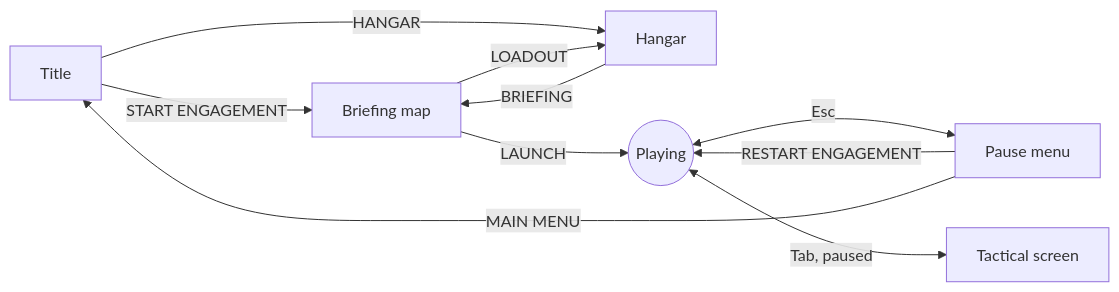
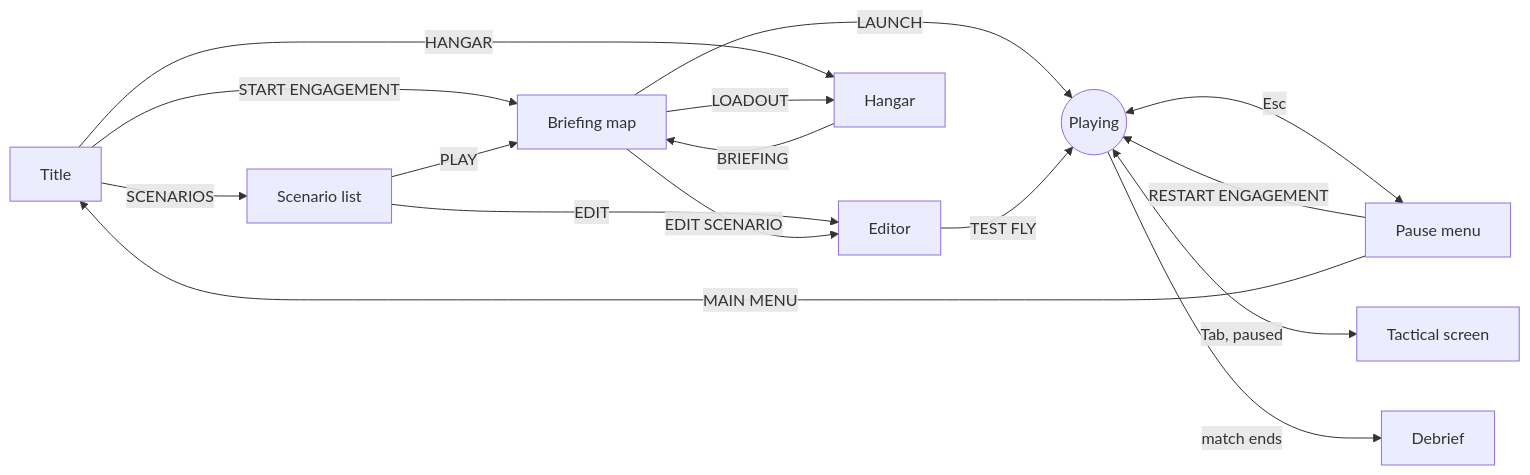
The diagram in content/docs/(reference)/world/game-flow.mdx (aledlb8/hardlock-website), drawn with Mermaid before and after one commit. The commit also changed other lines of this file and 13 other files, not shown here.

First line of the commit message:
docs(guide): scenarios, the editor, match rules, the debrief and base defence

````diff
--- a/content/docs/(reference)/world/game-flow.mdx
+++ b/content/docs/(reference)/world/game-flow.mdx
@@ -9,12 +9,18 @@
 ```mermaid
 flowchart LR
     T[Title] -->|START ENGAGEMENT| B[Briefing map]
+    T -->|SCENARIOS| S[Scenario list]
+    S -->|PLAY| B
+    S -->|EDIT| E[Editor]
+    B -->|EDIT SCENARIO| E
     T -->|HANGAR| H[Hangar]
     H -->|BRIEFING| B
     B -->|LOADOUT| H
     B -->|LAUNCH| P((Playing))
+    E -->|TEST FLY| P
     P <-->|Esc| M[Pause menu]
     P <-->|Tab, paused| X[Tactical screen]
+    P -->|match ends| D[Debrief]
     M -->|RESTART ENGAGEMENT| P
     M -->|MAIN MENU| T
 ```
````
